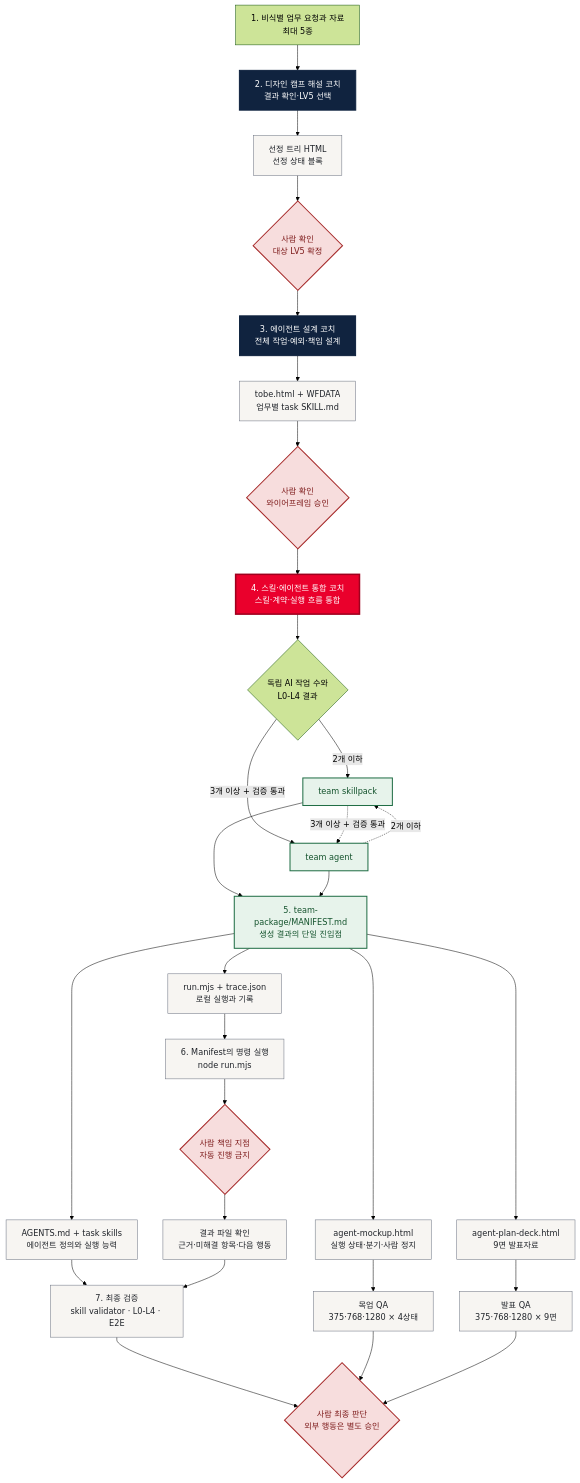
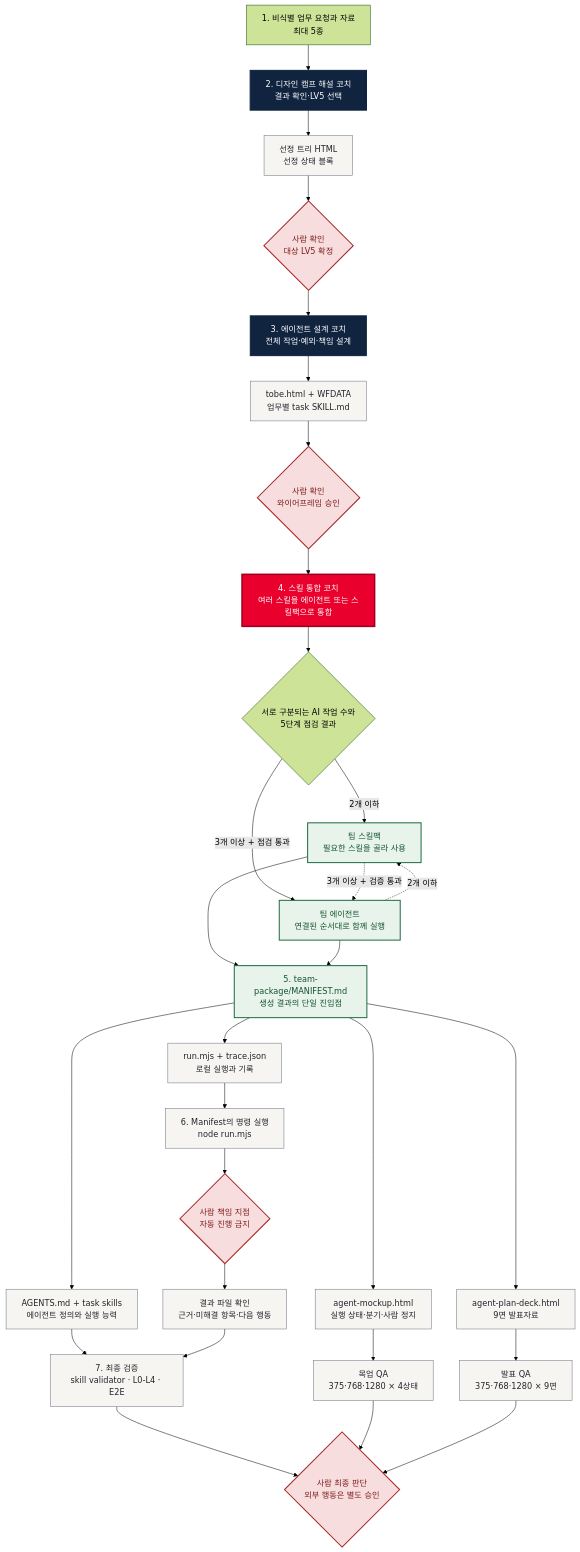
The diagram in README.md (gbrinan/Jcurve_SKI), drawn with Mermaid (forest theme) before and after one commit. The commit also changed other lines of this file and 10 other files, not shown here.

````diff
--- a/README.md
+++ b/README.md
@@ -41,47 +54,47 @@
 ```mermaid
 flowchart TB
   U["1. 비식별 업무 요청과 자료<br/>최대 5종"] --> M["2. 디자인 캠프 해설 코치<br/>결과 확인·LV5 선택"]
   M --> MS["선정 트리 HTML<br/>선정 상태 블록"]
   MS --> H1{"사람 확인<br/>대상 LV5 확정"}
 
   H1 --> W["3. 에이전트 설계 코치<br/>전체 작업·예외·책임 설계"]
   W --> WF["tobe.html + WFDATA<br/>업무별 task SKILL.md"]
   WF --> H2{"사람 확인<br/>와이어프레임 승인"}
 
-  H2 --> A["4. 스킬·에이전트 통합 코치<br/>스킬·계약·실행 흐름 통합"]
-  A --> C{"독립 AI 작업 수와<br/>L0-L4 결과"}
-  C -->|"2개 이하"| SP["team skillpack"]
-  C -->|"3개 이상 + 검증 통과"| TA["team agent"]
+  H2 --> A["4. 스킬 통합 코치<br/>여러 스킬을 에이전트 또는 스킬팩으로 통합"]
+  A --> C{"서로 구분되는 AI 작업 수와<br/>5단계 점검 결과"}
+  C -->|"2개 이하"| SP["팀 스킬팩<br/>필요한 스킬을 골라 사용"]
+  C -->|"3개 이상 + 점검 통과"| TA["팀 에이전트<br/>연결된 순서대로 함께 실행"]
   SP -. "3개 이상 + 검증 통과" .-> TA
   TA -. "2개 이하" .-> SP
 
   SP --> PKG["5. team-package/MANIFEST.md<br/>생성 결과의 단일 진입점"]
   TA --> PKG
   PKG --> AS["AGENTS.md + task skills<br/>에이전트 정의와 실행 능력"]
   PKG --> RT["run.mjs + trace.json<br/>로컬 실행과 기록"]
   PKG --> MX["agent-mockup.html<br/>실행 상태·분기·사람 정지"]
   PKG --> DK["agent-plan-deck.html<br/>9면 발표자료"]
 
   RT --> CMD["6. Manifest의 명령 실행<br/>node run.mjs"]
   CMD --> HH{"사람 책임 지점<br/>자동 진행 금지"}
   HH --> OUT["결과 파일 확인<br/>근거·미해결 항목·다음 행동"]
 
   AS --> V["7. 최종 검증<br/>skill validator · L0-L4 · E2E"]
   MX --> V2["목업 QA<br/>375·768·1280 × 4상태"]
   DK --> V3["발표 QA<br/>375·768·1280 × 9면"]
   OUT --> V
   V --> H3{"사람 최종 판단<br/>외부 행동은 별도 승인"}
   V2 --> H3
   V3 --> H3
 
   classDef coach fill:#10233f,color:#ffffff,stroke:#10233f,stroke-width:2px;
   classDef current fill:#EA002C,color:#ffffff,stroke:#9f001e,stroke-width:3px;
   classDef artifact fill:#f7f5f2,color:#20242a,stroke:#6b7280,stroke-width:1px;
   classDef human fill:#f7dddd,color:#7f1d1d,stroke:#a62a2a,stroke-width:2px;
   classDef package fill:#e7f3eb,color:#14532d,stroke:#216e46,stroke-width:2px;
   class M,W,A coach;
   class A current;
   class MS,WF,AS,RT,MX,DK,CMD,OUT,V,V2,V3 artifact;
   class H1,H2,HH,H3 human;
   class SP,TA,PKG package;
 ```
````
